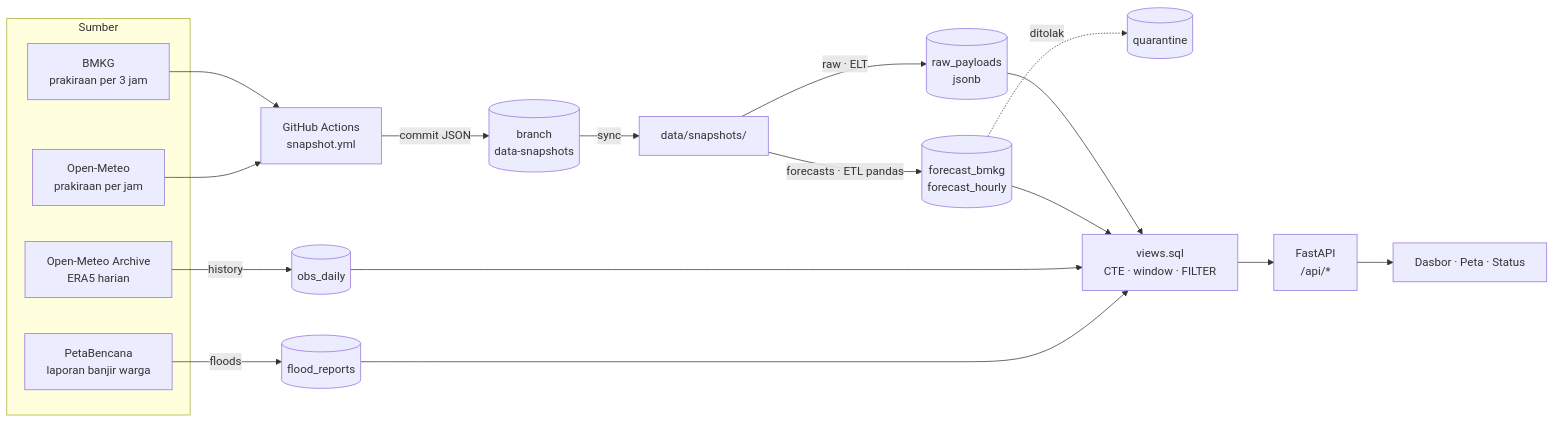
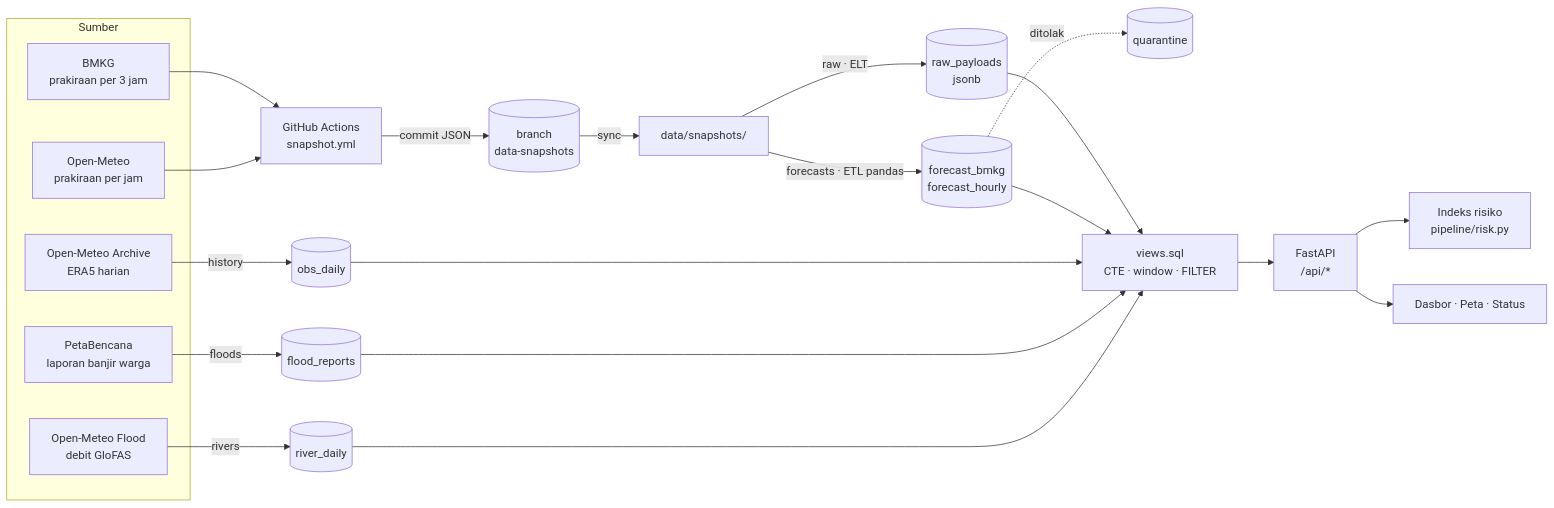
Before and after one commit to AbdurraghibSS/SIAGA-NUSA: the first of 2 diagrams in docs/data-processing.md, drawn with Mermaid. The commit also changed other lines of this file and 14 other files, not shown here.

Commit message:
#9 Add GloFAS river discharge and flood risk index to API and dashboard

````diff
--- a/docs/data-processing.md
+++ b/docs/data-processing.md
@@ -17,27 +17,31 @@
 ```mermaid
 flowchart LR
     subgraph Sumber
         BMKG["BMKG<br/>prakiraan per 3 jam"]
         OM["Open-Meteo<br/>prakiraan per jam"]
         ERA["Open-Meteo Archive<br/>ERA5 harian"]
         PB["PetaBencana<br/>laporan banjir warga"]
+        GF["Open-Meteo Flood<br/>debit GloFAS"]
     end
 
     GHA["GitHub Actions<br/>snapshot.yml"] -->|commit JSON| BR[("branch<br/>data-snapshots")]
     BMKG --> GHA
     OM --> GHA
 
     BR -->|sync| SNAP["data/snapshots/"]
     SNAP -->|raw · ELT| RAW[("raw_payloads<br/>jsonb")]
     SNAP -->|forecasts · ETL pandas| FC[("forecast_bmkg<br/>forecast_hourly")]
     ERA -->|history| OBS[("obs_daily")]
     PB -->|floods| FR[("flood_reports")]
+    GF -->|rivers| RD[("river_daily")]
     FC -. ditolak .-> Q[("quarantine")]
 
     RAW --> V["views.sql<br/>CTE · window · FILTER"]
     FC --> V
     OBS --> V
     FR --> V
+    RD --> V
     V --> API["FastAPI<br/>/api/*"]
+    API --> RISK["Indeks risiko<br/>pipeline/risk.py"]
     API --> WEB["Dasbor · Peta · Status"]
 ```
````
